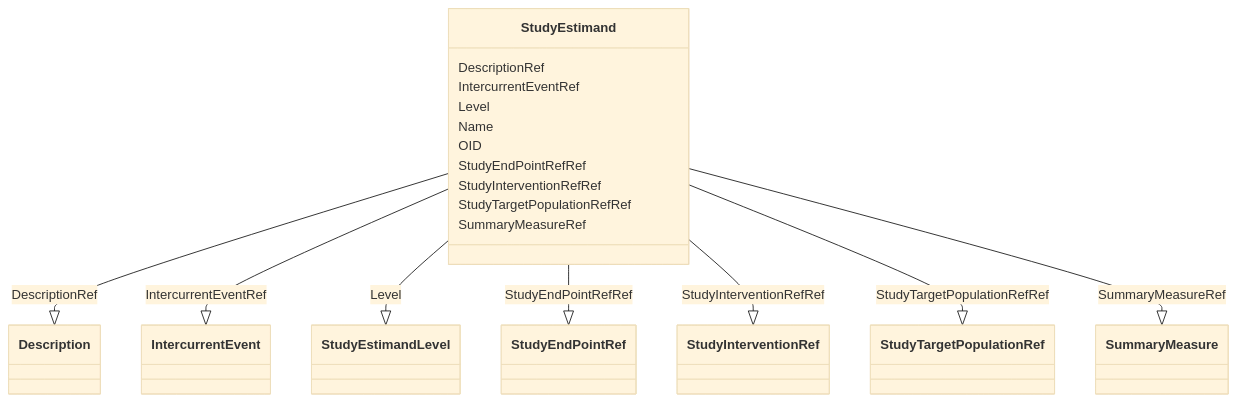
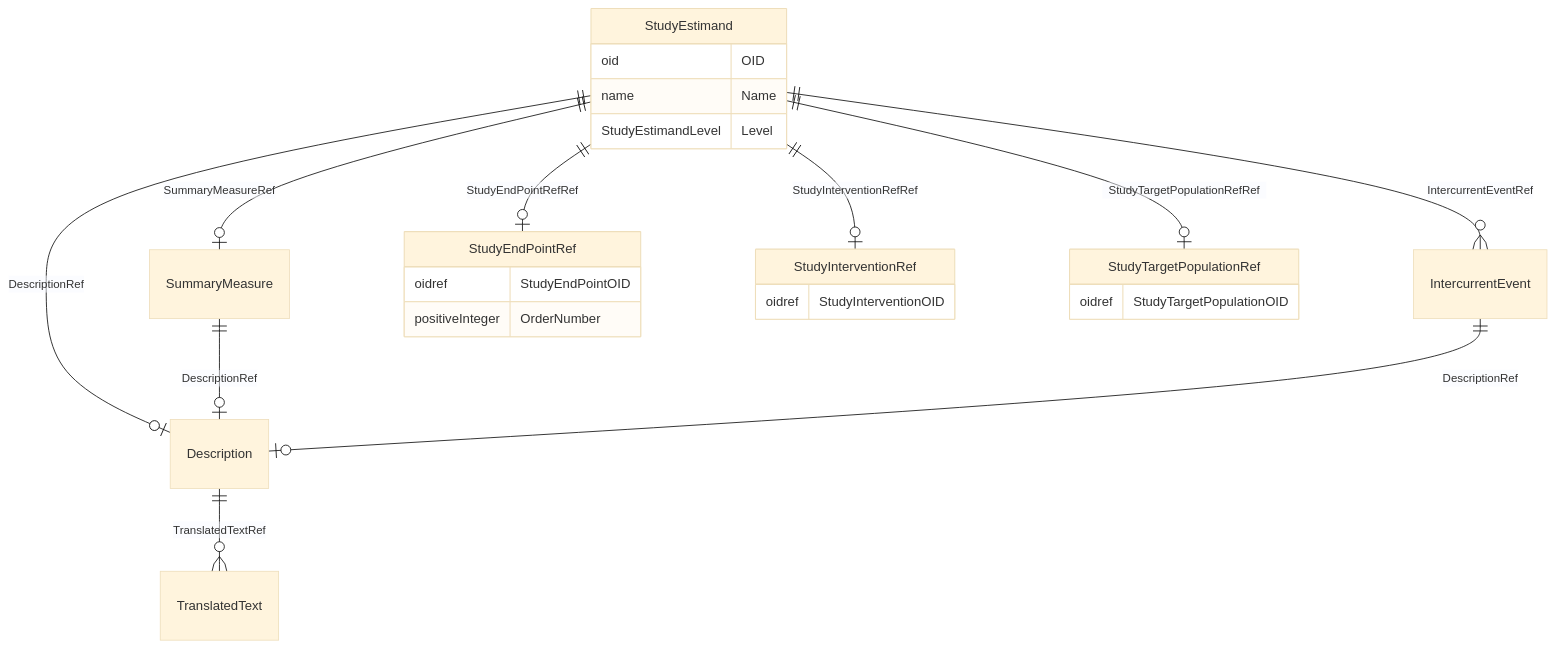
Before and after one commit to cdisc-org/DataExchange-ODM-LinkML: the diagram in docs/StudyEstimand.md, drawn with Mermaid (base theme). The commit also changed other lines of this file and 181 other files, not shown here.

Commit message:
ER diagrams working via templates and removing names with underscores

````diff
--- a/docs/StudyEstimand.md
+++ b/docs/StudyEstimand.md
@@ -14,37 +11,38 @@
 ```mermaid
- classDiagram
-    class StudyEstimand
-      StudyEstimand : DescriptionRef
-        
-          StudyEstimand --|> Description : DescriptionRef
-        
-      StudyEstimand : IntercurrentEventRef
-        
-          StudyEstimand --|> IntercurrentEvent : IntercurrentEventRef
-        
-      StudyEstimand : Level
-        
-          StudyEstimand --|> StudyEstimandLevel : Level
-        
-      StudyEstimand : Name
-        
-      StudyEstimand : OID
-        
-      StudyEstimand : StudyEndPointRefRef
-        
-          StudyEstimand --|> StudyEndPointRef : StudyEndPointRefRef
-        
-      StudyEstimand : StudyInterventionRefRef
-        
-          StudyEstimand --|> StudyInterventionRef : StudyInterventionRefRef
-        
-      StudyEstimand : StudyTargetPopulationRefRef
-        
-          StudyEstimand --|> StudyTargetPopulationRef : StudyTargetPopulationRefRef
-        
-      StudyEstimand : SummaryMeasureRef
-        
-          StudyEstimand --|> SummaryMeasure : SummaryMeasureRef
-        
-      
+erDiagram
+StudyEstimand {
+    oid OID  
+    name Name  
+    StudyEstimandLevel Level  
+}
+SummaryMeasure {
+
+}
+Description {
+
+}
+IntercurrentEvent {
+
+}
+StudyEndPointRef {
+    oidref StudyEndPointOID  
+    positiveInteger OrderNumber  
+}
+StudyInterventionRef {
+    oidref StudyInterventionOID  
+}
+StudyTargetPopulationRef {
+    oidref StudyTargetPopulationOID  
+}
+
+StudyEstimand ||--|o Description : "DescriptionRef"
+StudyEstimand ||--|o StudyTargetPopulationRef : "StudyTargetPopulationRefRef"
+StudyEstimand ||--|o StudyInterventionRef : "StudyInterventionRefRef"
+StudyEstimand ||--|o StudyEndPointRef : "StudyEndPointRefRef"
+StudyEstimand ||--}o IntercurrentEvent : "IntercurrentEventRef"
+StudyEstimand ||--|o SummaryMeasure : "SummaryMeasureRef"
+SummaryMeasure ||--|o Description : "DescriptionRef"
+Description ||--}o TranslatedText : "TranslatedTextRef"
+IntercurrentEvent ||--|o Description : "DescriptionRef"
+
 ```
````
